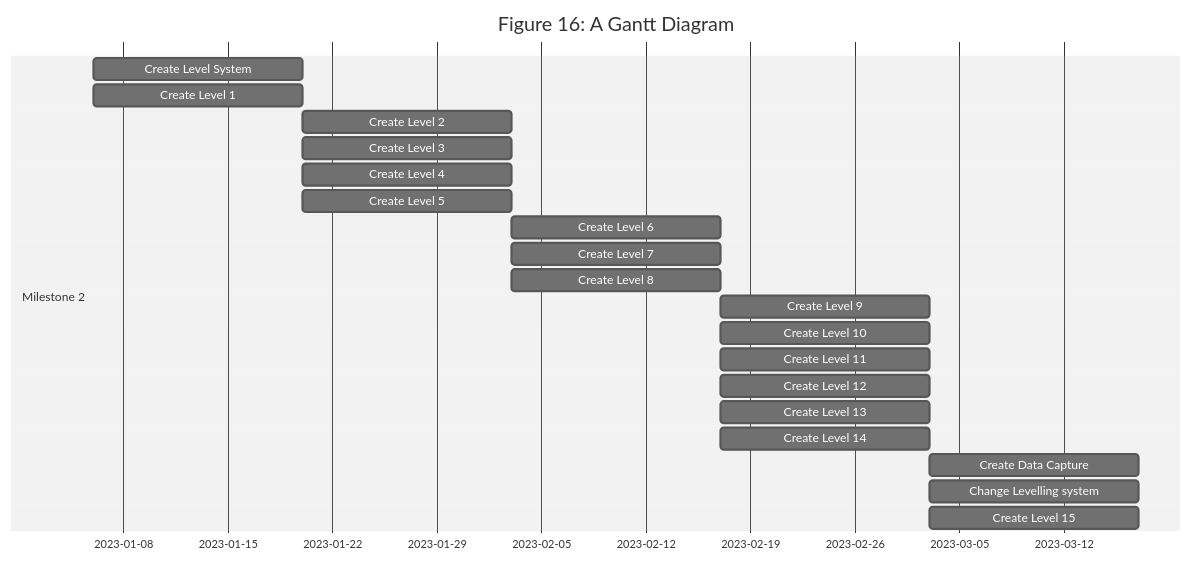
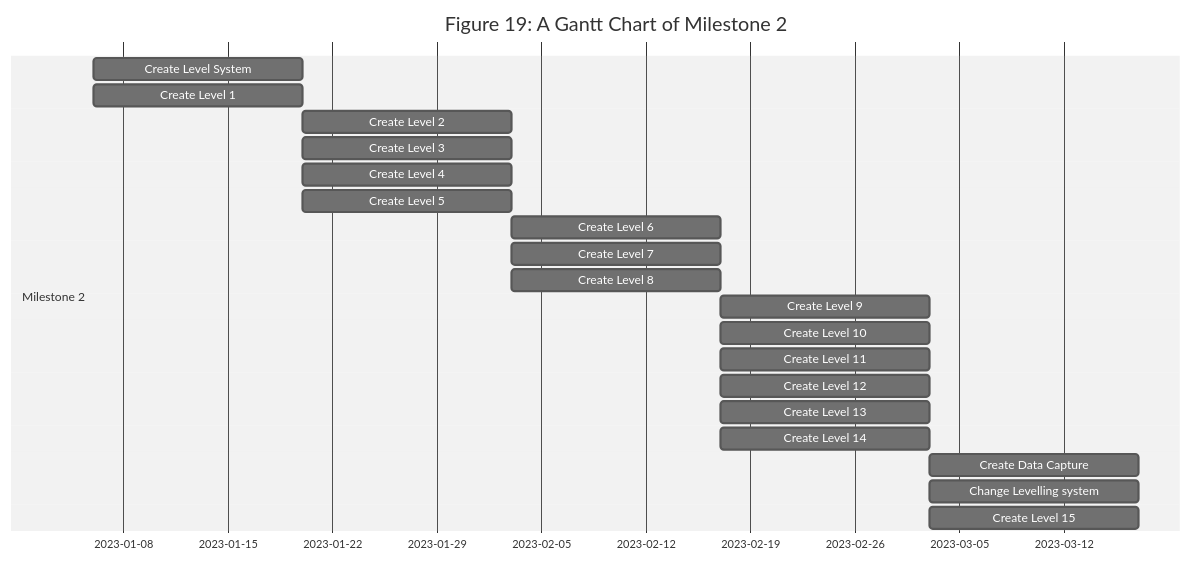
The second of 3 diagrams in Documentation.md (KieranBest/Final-Year-Project), drawn with Mermaid (neutral theme) before and after one commit. The commit also changed other lines of this file and 9 other files, not shown here.

````diff
--- a/Documentation.md
+++ b/Documentation.md
@@ -768,25 +801,25 @@
 ```mermaid
 gantt
-    title Figure 16: A Gantt Diagram
+    title Figure 19: A Gantt Chart of Milestone 2
     dateFormat  YYYY-MM-DD
 
     section Milestone 2
     Create Level System                                       :a7, 2023-01-06, 14d
     Create Level 1                                            :a7, 2023-01-06, 14d
     Create Level 2                                            :a8, after a7, 14d
     Create Level 3                                            :a8, after a7, 14d
     Create Level 4                                            :a8, after a7, 14d
     Create Level 5                                            :a8, after a7, 14d
     Create Level 6                                            :a9, after a8, 14d
     Create Level 7                                            :a9, after a8, 14d
     Create Level 8                                            :a9, after a8, 14d
     Create Level 9                                            :a10, after a9, 14d
     Create Level 10                                           :a10, after a9, 14d
     Create Level 11                                           :a10, after a9, 14d
     Create Level 12                                           :a10, after a9, 14d
     Create Level 13                                           :a10, after a9, 14d
     Create Level 14                                           :a10, after a9, 14d
     Create Data Capture                                       :a11, after a10, 14d
     Change Levelling system                                   :a11, after a10, 14d
     Create Level 15                                           :a11, after a10, 14d
 ```
````
